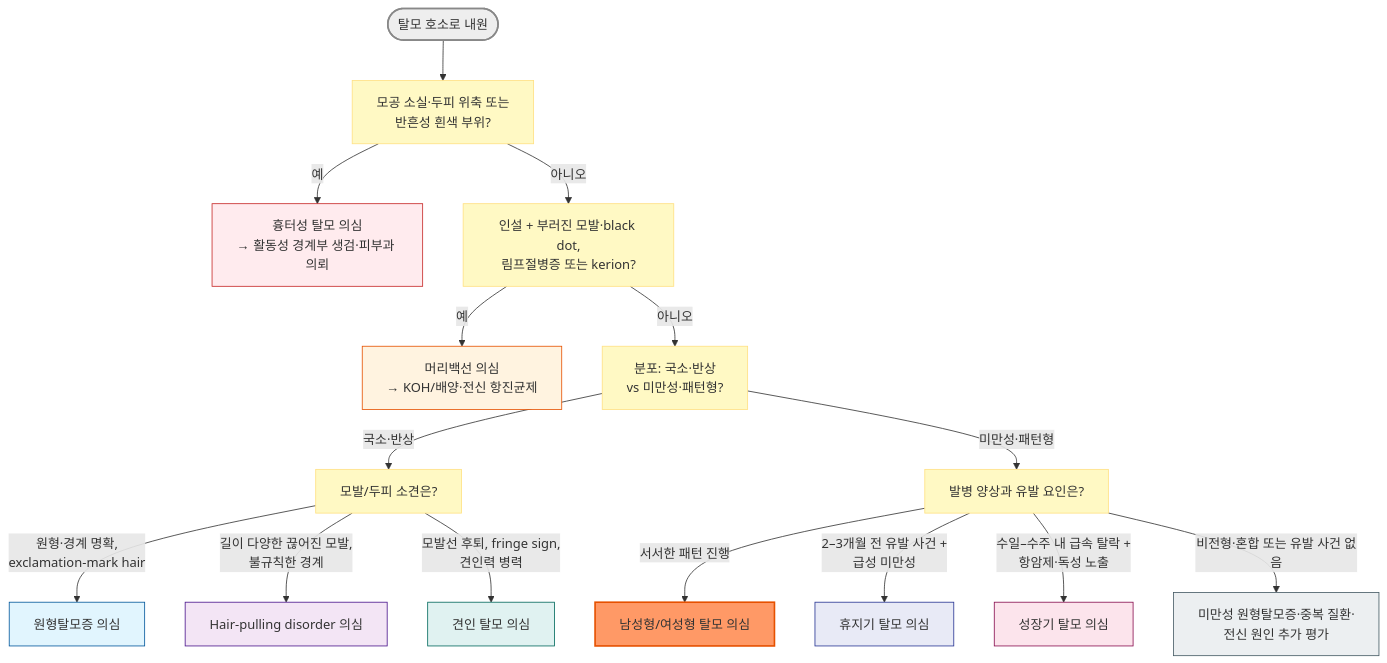
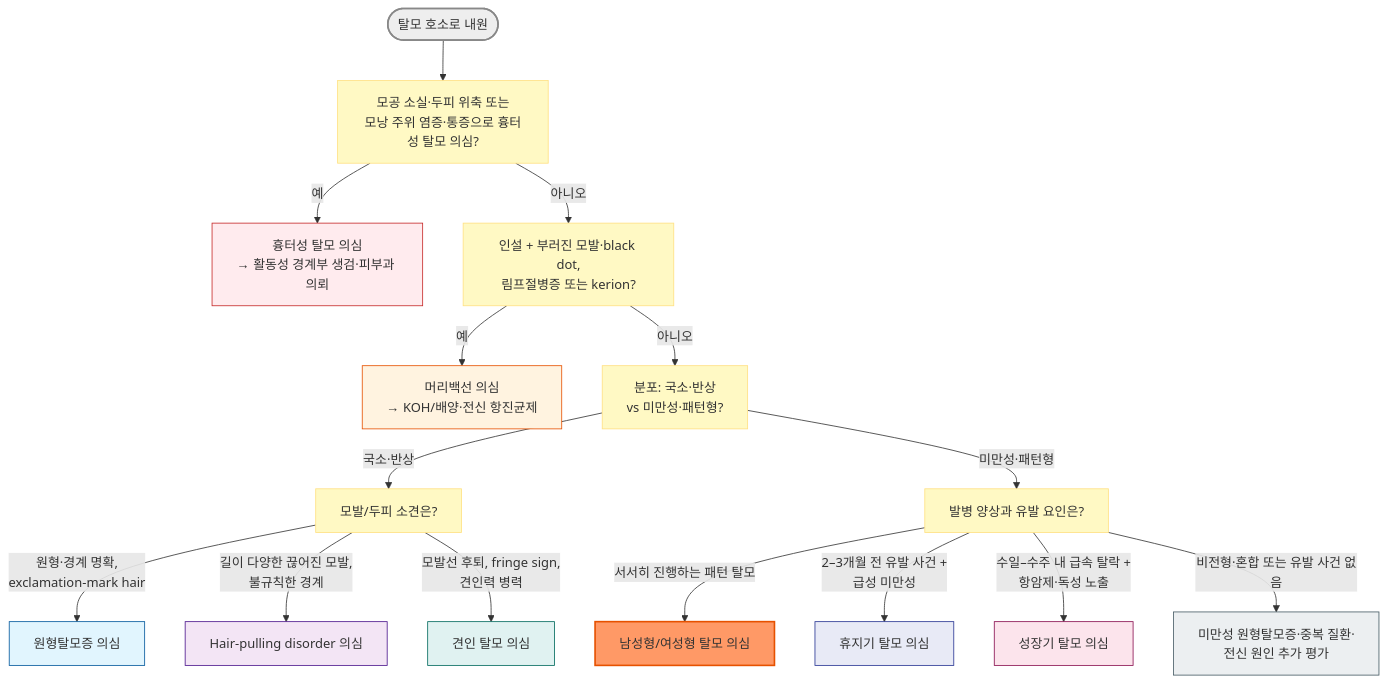
One commit to familyoh77/familyoh77 changed the diagram in 229_/186_-alopecia.md. Above: the diagram before and after it, drawn with Mermaid. The commit also changed other lines of this file and 6 other files, not shown here.

````diff
--- a/229_/186_-alopecia.md
+++ b/229_/186_-alopecia.md
@@ -150,35 +150,35 @@
 ```mermaid
 graph TD
-    Start(["탈모 호소로 내원"]) --> Q1["모공 소실·두피 위축 또는<br/>반흔성 흰색 부위?"]
+    Start(["탈모 호소로 내원"]) --> Q1["모공 소실·두피 위축 또는<br/>모낭 주위 염증·통증으로 흉터성 탈모 의심?"]
     Q1 -->|"예"| DxScar["흉터성 탈모 의심<br/>→ 활동성 경계부 생검·피부과 의뢰"]
     Q1 -->|"아니오"| QTinea["인설 + 부러진 모발·black dot,<br/>림프절병증 또는 kerion?"]
     QTinea -->|"예"| DxTinea["머리백선 의심<br/>→ KOH/배양·전신 항진균제"]
     QTinea -->|"아니오"| Q2["분포: 국소·반상<br/>vs 미만성·패턴형?"]
 
     Q2 -->|"국소·반상"| Q3["모발/두피 소견은?"]
     Q3 -->|"원형·경계 명확,<br/>exclamation-mark hair"| DxAA["원형탈모증 의심"]
     Q3 -->|"길이 다양한 끊어진 모발,<br/>불규칙한 경계"| DxTTM["Hair-pulling disorder 의심"]
     Q3 -->|"모발선 후퇴, fringe sign,<br/>견인력 병력"| DxTA["견인 탈모 의심"]
 
     Q2 -->|"미만성·패턴형"| Q4["발병 양상과 유발 요인은?"]
-    Q4 -->|"서서한 패턴 진행"| DxPattern["남성형/여성형 탈모 의심"]
+    Q4 -->|"서서히 진행하는 패턴 탈모"| DxPattern["남성형/여성형 탈모 의심"]
     Q4 -->|"2–3개월 전 유발 사건 +<br/>급성 미만성"| DxTE["휴지기 탈모 의심"]
     Q4 -->|"수일–수주 내 급속 탈락 +<br/>항암제·독성 노출"| DxAE["성장기 탈모 의심"]
     Q4 -->|"비전형·혼합 또는 유발 사건 없음"| DxOther["미만성 원형탈모증·중복 질환·<br/>전신 원인 추가 평가"]
 
     style Start fill:#eeeeee,stroke:#888888,stroke-width:2px
     style Q1 fill:#fff9c4,stroke:#ffe082
     style QTinea fill:#fff9c4,stroke:#ffe082
     style Q2 fill:#fff9c4,stroke:#ffe082
     style Q3 fill:#fff9c4,stroke:#ffe082
     style Q4 fill:#fff9c4,stroke:#ffe082
     style DxPattern fill:#f96,stroke:#e65100,stroke-width:2px
     style DxScar fill:#ffebee,stroke:#c62828
     style DxAA fill:#e1f5fe,stroke:#01579b
     style DxTinea fill:#fff3e0,stroke:#e65100
     style DxTTM fill:#f3e5f5,stroke:#4a148c
     style DxTA fill:#e0f2f1,stroke:#00695c
     style DxTE fill:#e8eaf6,stroke:#283593
     style DxAE fill:#fce4ec,stroke:#880e4f
     style DxOther fill:#eceff1,stroke:#455a64
 ```
````
